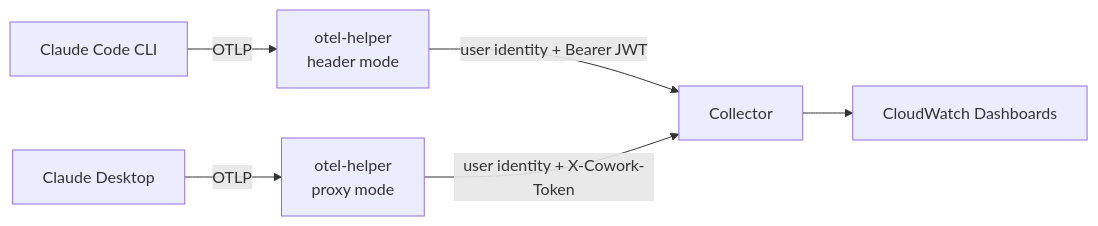
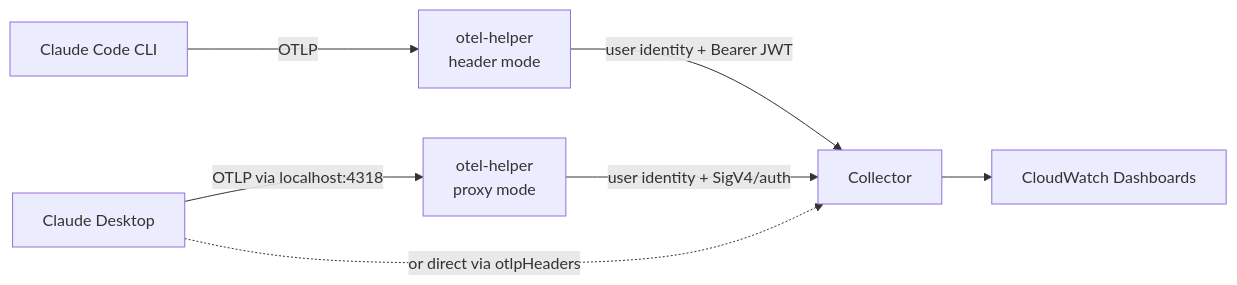
The third of 4 diagrams in README.md (aws-solutions-library-samples/guidance-for-claude-code-with-amazon-bedrock), drawn with Mermaid before and after one commit. The commit also changed other lines of this file, not shown here.

First line of the commit message:
docs: clarify Claude Desktop supports native otlpHeaders (no proxy required for static auth)

````diff
--- a/README.md
+++ b/README.md
@@ -155,8 +158,9 @@
 ```mermaid
 flowchart LR
     CC[Claude Code CLI] -->|OTLP| OH1[otel-helper<br/>header mode]
-    CW[Claude Desktop] -->|OTLP| OH2[otel-helper<br/>proxy mode]
+    CW[Claude Desktop] -->|OTLP via localhost:4318| OH2[otel-helper<br/>proxy mode]
+    CW -.->|or direct via otlpHeaders| COLL
     OH1 -->|"user identity + Bearer JWT"| COLL[Collector]
-    OH2 -->|"user identity + X-Cowork-Token"| COLL
+    OH2 -->|"user identity + SigV4/auth"| COLL
     COLL --> DASH[CloudWatch Dashboards]
 ```
````
